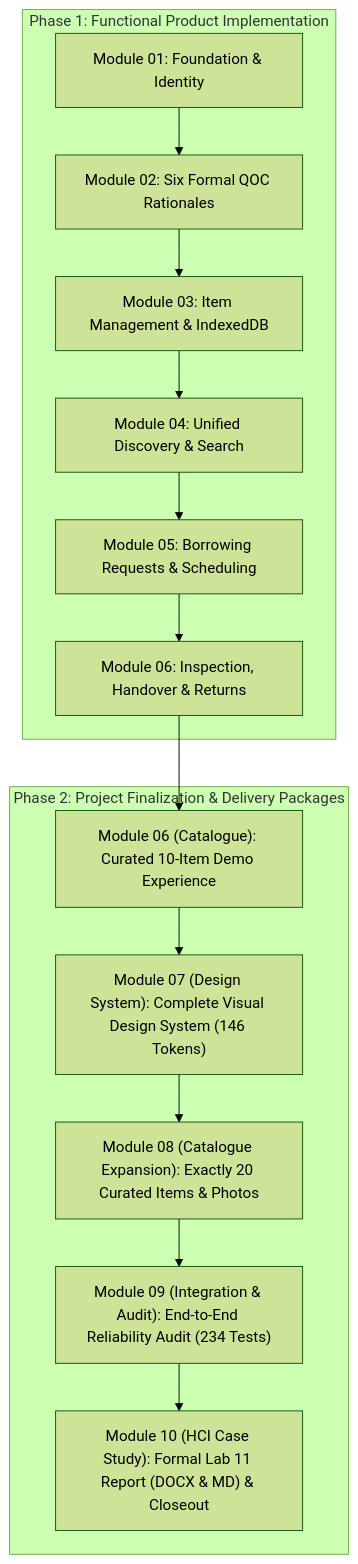
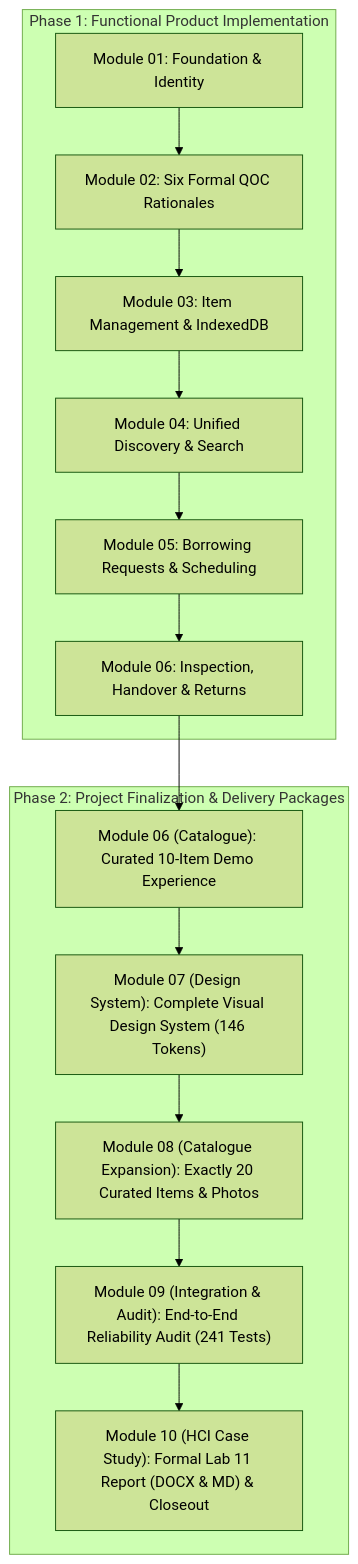
One commit to muhammadtaimoorajmal/BorrowNest changed the diagram in docs/PROJECT_COMPLETION_REPORT.md. Above: the diagram before and after it, drawn with Mermaid (forest theme). The commit also changed other lines of this file and 36 other files, not shown here.

````diff
--- a/docs/PROJECT_COMPLETION_REPORT.md
+++ b/docs/PROJECT_COMPLETION_REPORT.md
@@ -39,18 +40,18 @@
 ```mermaid
 flowchart TD
     subgraph Functional_Implementation["Phase 1: Functional Product Implementation"]
         M1["Module 01: Foundation & Identity"] --> M2["Module 02: Six Formal QOC Rationales"]
         M2 --> M3["Module 03: Item Management & IndexedDB"]
         M3 --> M4["Module 04: Unified Discovery & Search"]
         M4 --> M5["Module 05: Borrowing Requests & Scheduling"]
         M5 --> M6["Module 06: Inspection, Handover & Returns"]
     end
     
     subgraph Finalization_Hardening["Phase 2: Project Finalization & Delivery Packages"]
         M6 --> F6["Module 06 (Catalogue): Curated 10-Item Demo Experience"]
         F6 --> F7["Module 07 (Design System): Complete Visual Design System (146 Tokens)"]
         F7 --> F8["Module 08 (Catalogue Expansion): Exactly 20 Curated Items & Photos"]
-        F8 --> F9["Module 09 (Integration & Audit): End-to-End Reliability Audit (234 Tests)"]
+        F8 --> F9["Module 09 (Integration & Audit): End-to-End Reliability Audit (241 Tests)"]
         F9 --> F10["Module 10 (HCI Case Study): Formal Lab 11 Report (DOCX & MD) & Closeout"]
     end
 ```
````
